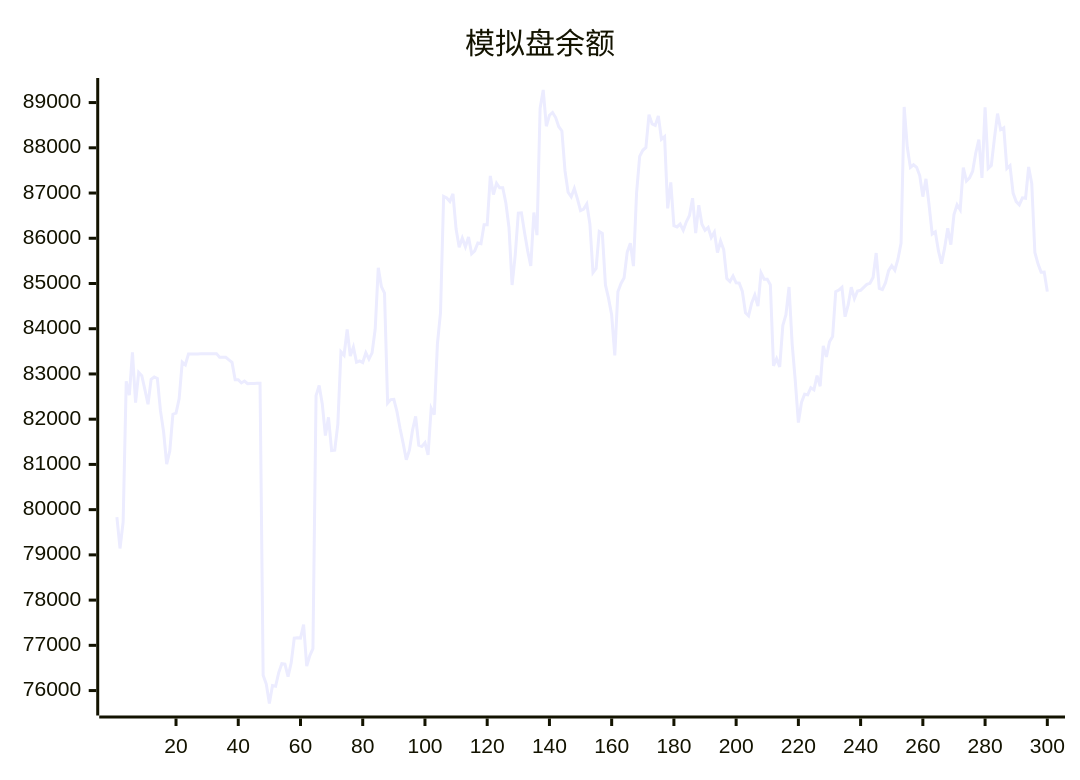
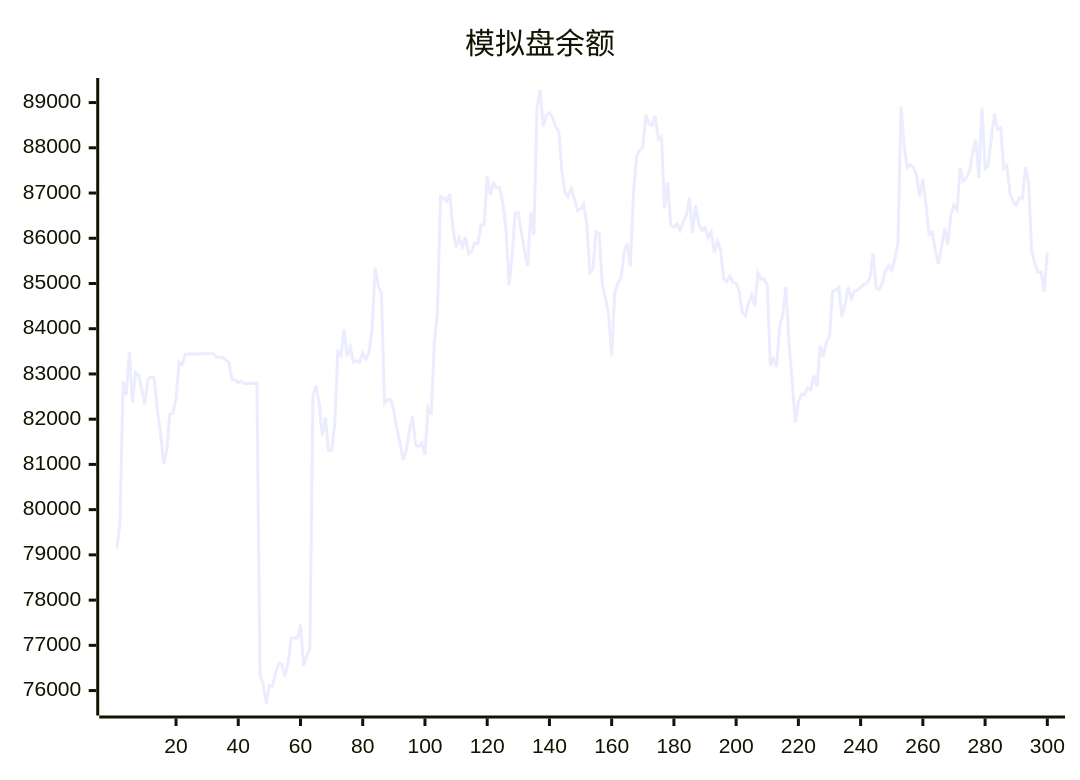
The diagram in README.md (aahl/ai-trading), drawn with Mermaid before and after one commit. The commit also changed other lines of this file and 1 other file, not shown here.

````diff
--- a/README.md
+++ b/README.md
@@ -5,5 +5,5 @@
 ```mermaid
 xychart
     title "模拟盘余额"
-    line [79836,79142,79722,82837,82533,83480,82366,83032,82960,82654,82330,82883,82934,82901,82188,81728,81005,81298,82110,82135,82449,83264,83203,83440,83439,83440,83440,83446,83447,83448,83447,83448,83449,83369,83369,83369,83313,83256,82872,82873,82801,82844,82785,82791,82791,82793,82794,76339,76145,75714,76110,76096,76397,76594,76585,76310,76607,77160,77170,77160,77456,76541,76774,76927,82520,82744,82337,81639,82040,81307,81314,81887,83490,83414,83984,83396,83594,83261,83287,83253,83470,83327,83465,83987,85348,84930,84786,82355,82433,82438,82167,81795,81466,81105,81315,81756,82064,81426,81398,81481,81210,82242,82099,83658,84359,86925,86892,86814,86980,86203,85802,86003,85811,86028,85657,85721,85896,85880,86300,86299,87378,86965,87214,87115,87118,86780,86238,84966,85623,86555,86562,86129,85722,85387,86569,86070,88870,89278,88477,88720,88781,88668,88467,88372,87493,87018,86917,87102,86870,86613,86644,86758,86317,85242,85334,86149,86106,84968,84671,84302,83410,84816,85001,85127,85693,85891,85384,87001,87811,87945,88007,88734,88528,88495,88705,88189,88248,86662,87234,86279,86251,86314,86177,86364,86503,86886,86114,86731,86310,86176,86240,86017,86136,85685,85938,85749,85111,85044,85164,85016,85008,84824,84354,84287,84572,84745,84500,85234,85096,85095,84970,83180,83338,83157,84070,84309,84922,83667,82850,81924,82369,82552,82539,82695,82648,82962,82728,83619,83378,83710,83825,84819,84854,84917,84265,84527,84919,84668,84834,84850,84916,84981,85004,85131,85674,84891,84864,85019,85284,85393,85294,85538,85894,88904,88012,87567,87625,87568,87386,86920,87313,86737,86094,86143,85725,85437,85787,86219,85859,86526,86740,86630,87563,87264,87335,87483,87886,88180,87335,88894,87544,87608,88207,88755,88401,88444,87543,87608,87000,86810,86740,86894,86884,87576,87209,85686,85435,85251,85255,84820]
+    line [79142,79722,82837,82533,83480,82366,83032,82960,82654,82330,82883,82934,82901,82188,81728,81005,81298,82110,82135,82449,83264,83203,83440,83439,83440,83440,83446,83447,83448,83447,83448,83449,83369,83369,83369,83313,83256,82872,82873,82801,82844,82785,82791,82791,82793,82794,76339,76145,75714,76110,76096,76397,76594,76585,76310,76607,77160,77170,77160,77456,76541,76774,76927,82520,82744,82337,81639,82040,81307,81314,81887,83490,83414,83984,83396,83594,83261,83287,83253,83470,83327,83465,83987,85348,84930,84786,82355,82433,82438,82167,81795,81466,81105,81315,81756,82064,81426,81398,81481,81210,82242,82099,83658,84359,86925,86892,86814,86980,86203,85802,86003,85811,86028,85657,85721,85896,85880,86300,86299,87378,86965,87214,87115,87118,86780,86238,84966,85623,86555,86562,86129,85722,85387,86569,86070,88870,89278,88477,88720,88781,88668,88467,88372,87493,87018,86917,87102,86870,86613,86644,86758,86317,85242,85334,86149,86106,84968,84671,84302,83410,84816,85001,85127,85693,85891,85384,87001,87811,87945,88007,88734,88528,88495,88705,88189,88248,86662,87234,86279,86251,86314,86177,86364,86503,86886,86114,86731,86310,86176,86240,86017,86136,85685,85938,85749,85111,85044,85164,85016,85008,84824,84354,84287,84572,84745,84500,85234,85096,85095,84970,83180,83338,83157,84070,84309,84922,83667,82850,81924,82369,82552,82539,82695,82648,82962,82728,83619,83378,83710,83825,84819,84854,84917,84265,84527,84919,84668,84834,84850,84916,84981,85004,85131,85674,84891,84864,85019,85284,85393,85294,85538,85894,88904,88012,87567,87625,87568,87386,86920,87313,86737,86094,86143,85725,85437,85787,86219,85859,86526,86740,86630,87563,87264,87335,87483,87886,88180,87335,88894,87544,87608,88207,88755,88401,88444,87543,87608,87000,86810,86740,86894,86884,87576,87209,85686,85435,85251,85255,84820,85689]
 ```
````
